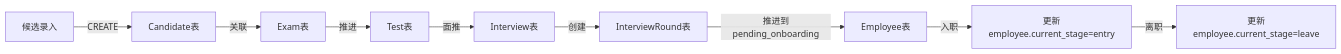
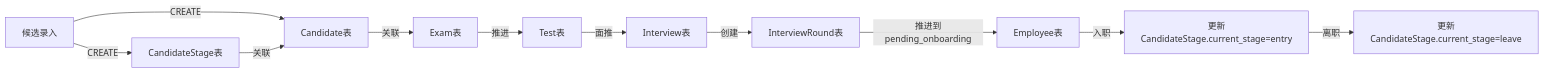
One commit to paullin8676/ODRecurit changed the diagram in recruit_rule.md. Above: the diagram before and after it, drawn with Mermaid. The commit also changed other lines of this file and 2 other files, not shown here.

````diff
--- a/recruit_rule.md
+++ b/recruit_rule.md
@@ -146,11 +170,13 @@
 ```mermaid
 flowchart LR
     A[候选录入] -->|CREATE| B[Candidate表]
-    B -->|关联| C[Exam表]
-    C -->|推进| D[Test表]
-    D -->|面推| E[Interview表]
-    E -->|创建| F[InterviewRound表]
-    F -->|推进到pending_onboarding| G[Employee表]
-    G -->|入职| H[更新employee.current_stage=entry]
-    H -->|离职| I[更新employee.current_stage=leave]
+    A -->|CREATE| C[CandidateStage表]
+    C -->|关联| B
+    B -->|关联| D[Exam表]
+    D -->|推进| E[Test表]
+    E -->|面推| F[Interview表]
+    F -->|创建| G[InterviewRound表]
+    G -->|推进到pending_onboarding| H[Employee表]
+    H -->|入职| I[更新CandidateStage.current_stage=entry]
+    I -->|离职| J[更新CandidateStage.current_stage=leave]
 ```
````
